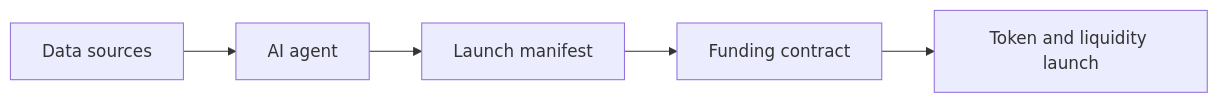
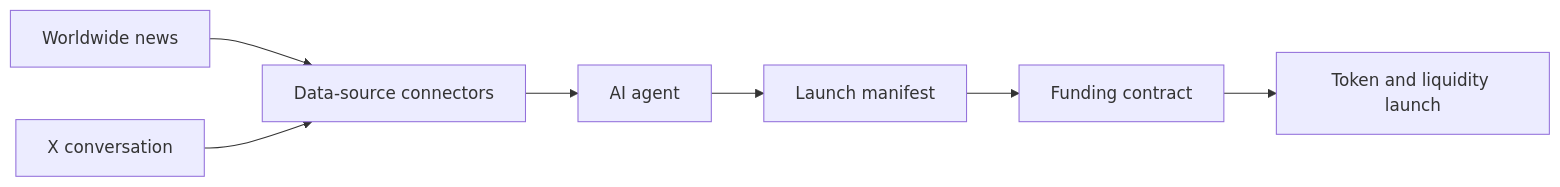
One commit to MemeToro/memetoro changed the diagram in docs/architecture.md. Above: the diagram before and after it, drawn with Mermaid. The commit also changed other lines of this file and 9 other files, not shown here.

````diff
--- a/docs/architecture.md
+++ b/docs/architecture.md
@@ -21,7 +27,9 @@
 ```mermaid
 flowchart LR
-    A[Data sources] --> B[AI agent]
-    B --> C[Launch manifest]
-    C --> D[Funding contract]
-    D --> E[Token and liquidity launch]
+    A[Worldwide news] --> B[Data-source connectors]
+    X[X conversation] --> B
+    B --> C[AI agent]
+    C --> D[Launch manifest]
+    D --> E[Funding contract]
+    E --> F[Token and liquidity launch]
 ```
````
